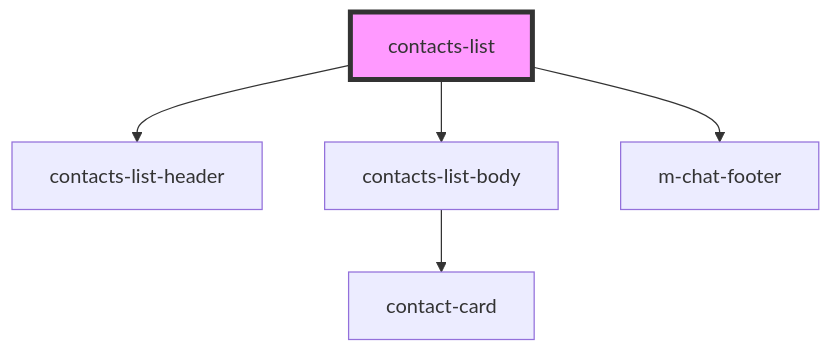
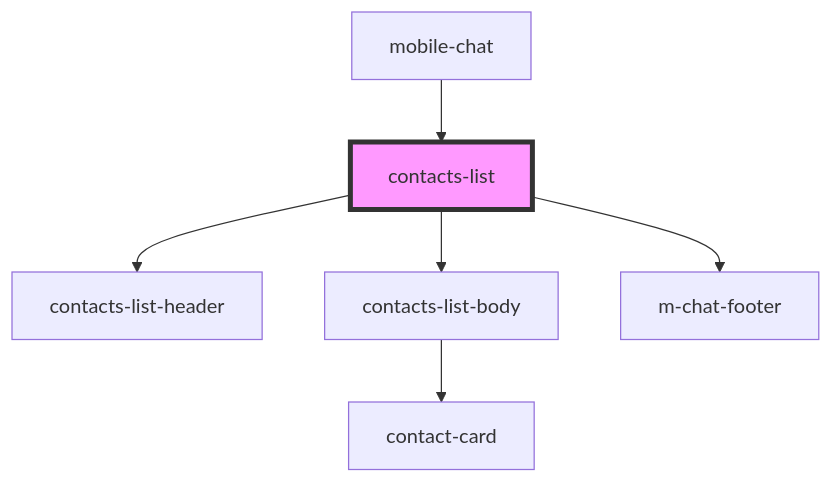
Before and after one commit to saqhan/stencil-chat: the diagram in src/components/mobile/mobile-chat/res/view/mobile-dialogs/res/view/contacts-list/readme.md, drawn with Mermaid. The commit also changed other lines of this file and 9 other files, not shown here.

````diff
--- a/src/components/mobile/mobile-chat/res/view/mobile-dialogs/res/view/contacts-list/readme.md
+++ b/src/components/mobile/mobile-chat/res/view/mobile-dialogs/res/view/contacts-list/readme.md
@@ -32,8 +36,9 @@
 ```mermaid
 graph TD;
   contacts-list --> contacts-list-header
   contacts-list --> contacts-list-body
   contacts-list --> m-chat-footer
   contacts-list-body --> contact-card
+  mobile-chat --> contacts-list
   style contacts-list fill:#f9f,stroke:#333,stroke-width:4px
 ```
````
